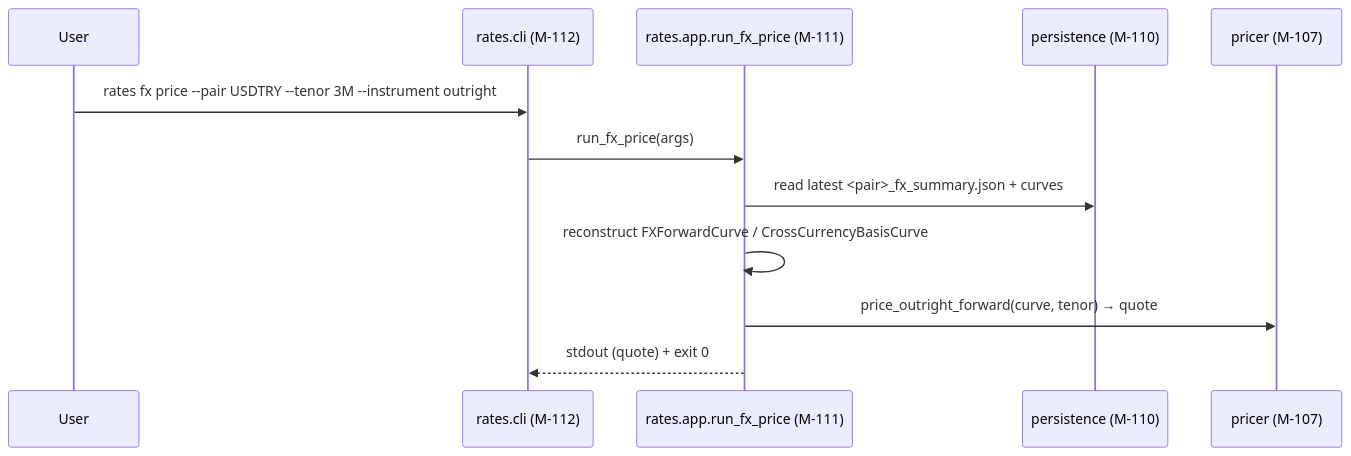
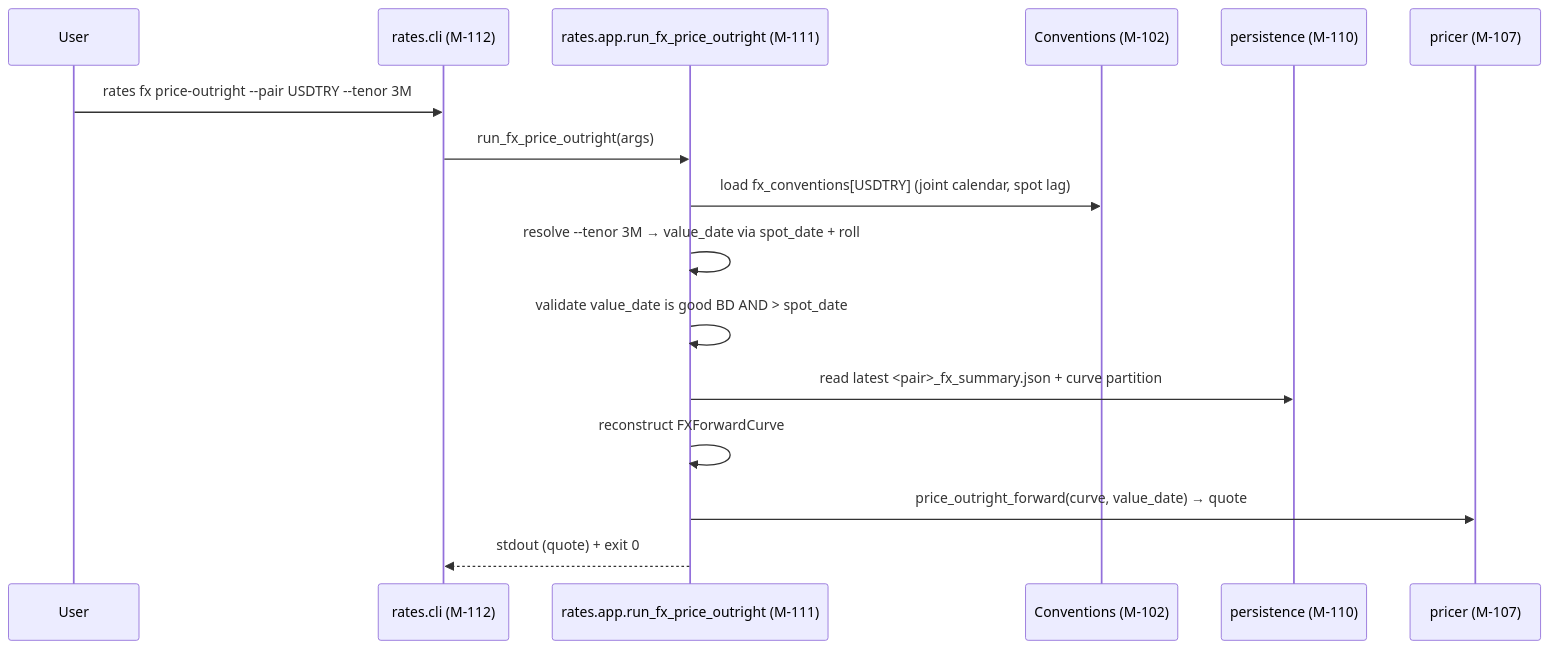
The third of 3 diagrams in docs/fx-io-architecture.md (etepe/turbo_rates), drawn with Mermaid before and after one commit. The commit also changed other lines of this file, not shown here.

First line of the commit message:
docs(fx): apply grill-me revisions to v0.3.0 architecture (MON-013)

````diff
--- a/docs/fx-io-architecture.md
+++ b/docs/fx-io-architecture.md
@@ -312,15 +341,19 @@
 ```mermaid
 sequenceDiagram
     participant U as User
     participant CLI as rates.cli (M-112)
-    participant APP as rates.app.run_fx_price (M-111)
+    participant APP as rates.app.run_fx_price_outright (M-111)
+    participant CONV as Conventions (M-102)
     participant PERS as persistence (M-110)
     participant PRC as pricer (M-107)
 
-    U->>CLI: rates fx price --pair USDTRY --tenor 3M --instrument outright
-    CLI->>APP: run_fx_price(args)
-    APP->>PERS: read latest <pair>_fx_summary.json + curves
-    APP->>APP: reconstruct FXForwardCurve / CrossCurrencyBasisCurve
-    APP->>PRC: price_outright_forward(curve, tenor) → quote
+    U->>CLI: rates fx price-outright --pair USDTRY --tenor 3M
+    CLI->>APP: run_fx_price_outright(args)
+    APP->>CONV: load fx_conventions[USDTRY] (joint calendar, spot lag)
+    APP->>APP: resolve --tenor 3M → value_date via spot_date + roll
+    APP->>APP: validate value_date is good BD AND > spot_date
+    APP->>PERS: read latest <pair>_fx_summary.json + curve partition
+    APP->>APP: reconstruct FXForwardCurve
+    APP->>PRC: price_outright_forward(curve, value_date) → quote
     APP-->>CLI: stdout (quote) + exit 0
 ```
````
